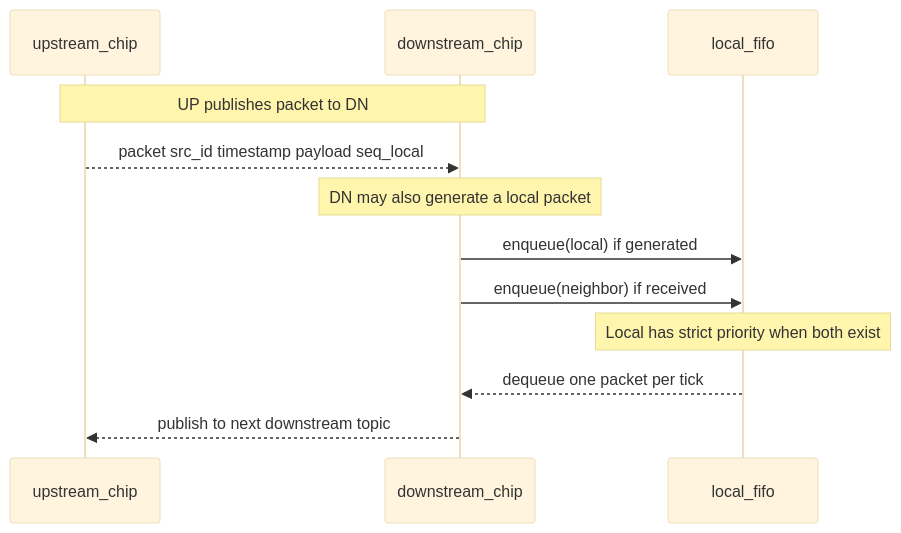
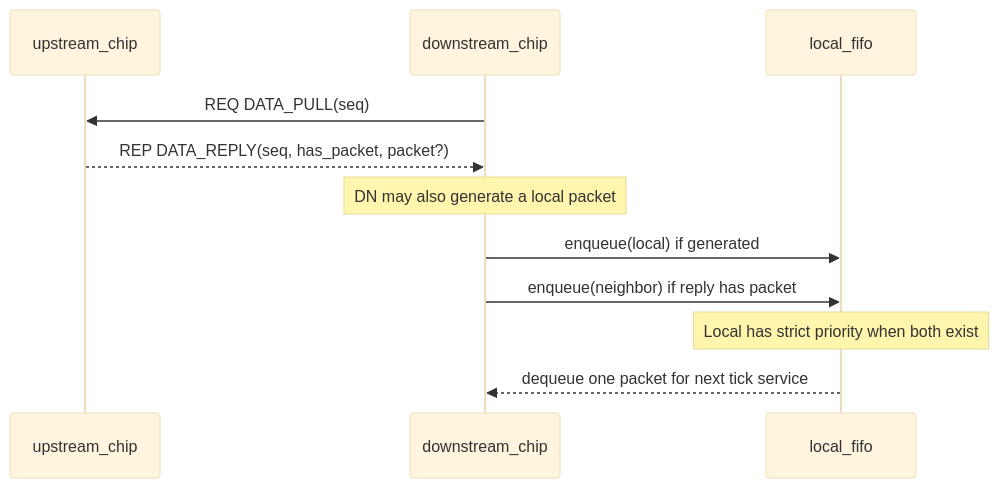
Before and after one commit to snr-laboratory/snrlab-chip-network-sim: the third of 3 diagrams in chip_network_sim/doc/architecture.md, drawn with Mermaid (base theme). The commit also changed other lines of this file and 12 other files, not shown here.

First line of the commit message:
Implement reliable inter-chip data plane (REQ/REP), refresh docs, and benchmark post-migration

````diff
--- a/chip_network_sim/doc/architecture.md
+++ b/chip_network_sim/doc/architecture.md
@@ -155,16 +159,15 @@
 ```mermaid
 sequenceDiagram
     participant UP as upstream_chip
     participant DN as downstream_chip
     participant F as local_fifo
 
-    Note over UP,DN: UP publishes packet to DN
-    UP-->>DN: packet src_id timestamp payload seq_local
+    DN->>UP: REQ DATA_PULL(seq)
+    UP-->>DN: REP DATA_REPLY(seq, has_packet, packet?)
 
     Note over DN: DN may also generate a local packet
     DN->>F: enqueue(local) if generated
-    DN->>F: enqueue(neighbor) if received
+    DN->>F: enqueue(neighbor) if reply has packet
     Note over F: Local has strict priority when both exist
-    F-->>DN: dequeue one packet per tick
-    DN-->>UP: publish to next downstream topic
+    F-->>DN: dequeue one packet for next tick service
 ```
````
